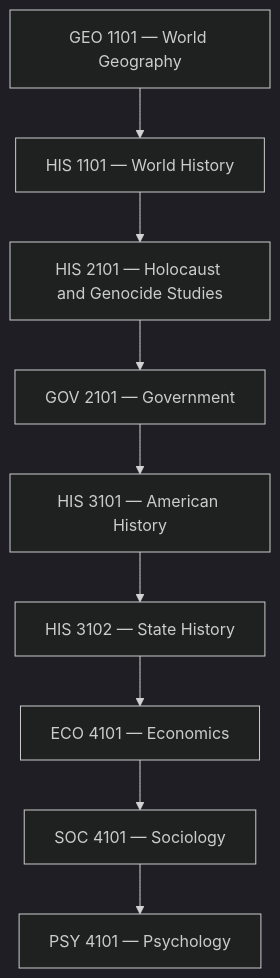
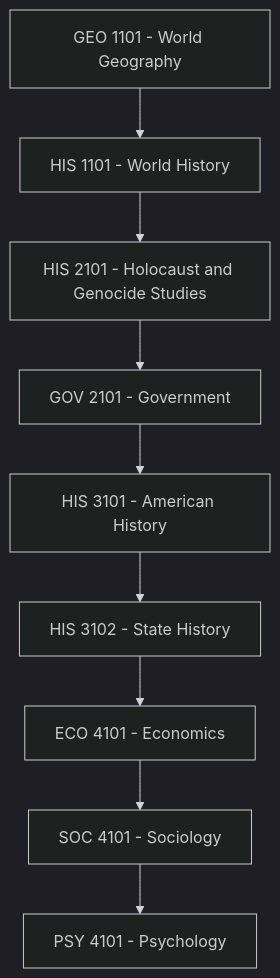
Diagram 11 of 29 in RIAH-PATHWAY-CURRICULUM-STRUCTURE/RIAH-PATHWAY-HIGH-SCHOOL-STRUCTURE/HIGH-SCHOOL-STRUCTURE.md (RIAHPathway/Website-Draft), drawn with Mermaid (dark theme) before and after one commit. The commit also changed other lines of this file, not shown here.

Commit message:
Repair High School Mermaid rendering compatibility

````diff
--- a/RIAH-PATHWAY-CURRICULUM-STRUCTURE/RIAH-PATHWAY-HIGH-SCHOOL-STRUCTURE/HIGH-SCHOOL-STRUCTURE.md
+++ b/RIAH-PATHWAY-CURRICULUM-STRUCTURE/RIAH-PATHWAY-HIGH-SCHOOL-STRUCTURE/HIGH-SCHOOL-STRUCTURE.md
@@ -635,20 +635,20 @@
 ```mermaid
-flowchart TD
-    N0["GEO 1101 — World Geography"]
-    N1["HIS 1101 — World History"]
-    N2["HIS 2101 — Holocaust and Genocide Studies"]
-    N3["GOV 2101 — Government"]
-    N4["HIS 3101 — American History"]
-    N5["HIS 3102 — State History"]
-    N6["ECO 4101 — Economics"]
-    N7["SOC 4101 — Sociology"]
-    N8["PSY 4101 — Psychology"]
+graph TD
+    N0["GEO 1101 - World Geography"]
+    N1["HIS 1101 - World History"]
+    N2["HIS 2101 - Holocaust and Genocide Studies"]
+    N3["GOV 2101 - Government"]
+    N4["HIS 3101 - American History"]
+    N5["HIS 3102 - State History"]
+    N6["ECO 4101 - Economics"]
+    N7["SOC 4101 - Sociology"]
+    N8["PSY 4101 - Psychology"]
     N0 --> N1
     N1 --> N2
     N2 --> N3
     N3 --> N4
     N4 --> N5
     N5 --> N6
     N6 --> N7
     N7 --> N8
 ```
````
